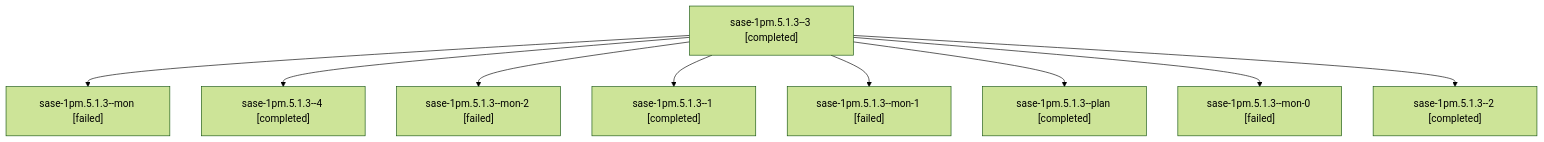
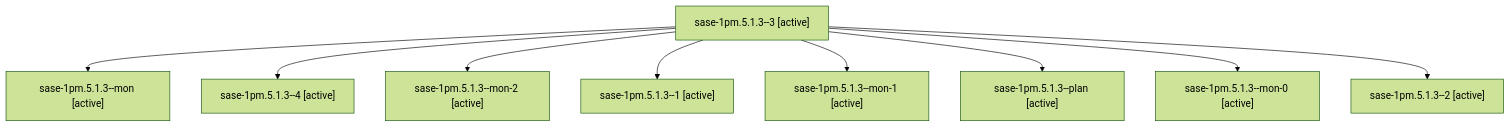
Before and after one commit to sase-org/sase--agents: the diagram in sessions/bbugyi200.athena.sase-1pm.5.1.3.md, drawn with Mermaid (forest theme). The commit also changed other lines of this file and 106 other files, not shown here.

````diff
--- a/sessions/bbugyi200.athena.sase-1pm.5.1.3.md
+++ b/sessions/bbugyi200.athena.sase-1pm.5.1.3.md
@@ -9,20 +9,20 @@
 ```mermaid
 flowchart TD
-  n0["sase-1pm.5.1.3--3 [completed]"]
-  n1["sase-1pm.5.1.3--mon [failed]"]
+  n0["sase-1pm.5.1.3--3 [active]"]
+  n1["sase-1pm.5.1.3--mon [active]"]
   n0 --> n1
-  n2["sase-1pm.5.1.3--4 [completed]"]
+  n2["sase-1pm.5.1.3--4 [active]"]
   n0 --> n2
-  n3["sase-1pm.5.1.3--mon-2 [failed]"]
+  n3["sase-1pm.5.1.3--mon-2 [active]"]
   n0 --> n3
-  n4["sase-1pm.5.1.3--1 [completed]"]
+  n4["sase-1pm.5.1.3--1 [active]"]
   n0 --> n4
-  n5["sase-1pm.5.1.3--mon-1 [failed]"]
+  n5["sase-1pm.5.1.3--mon-1 [active]"]
   n0 --> n5
-  n6["sase-1pm.5.1.3--plan [completed]"]
+  n6["sase-1pm.5.1.3--plan [active]"]
   n0 --> n6
-  n7["sase-1pm.5.1.3--mon-0 [failed]"]
+  n7["sase-1pm.5.1.3--mon-0 [active]"]
   n0 --> n7
-  n8["sase-1pm.5.1.3--2 [completed]"]
+  n8["sase-1pm.5.1.3--2 [active]"]
   n0 --> n8
 ```
````
